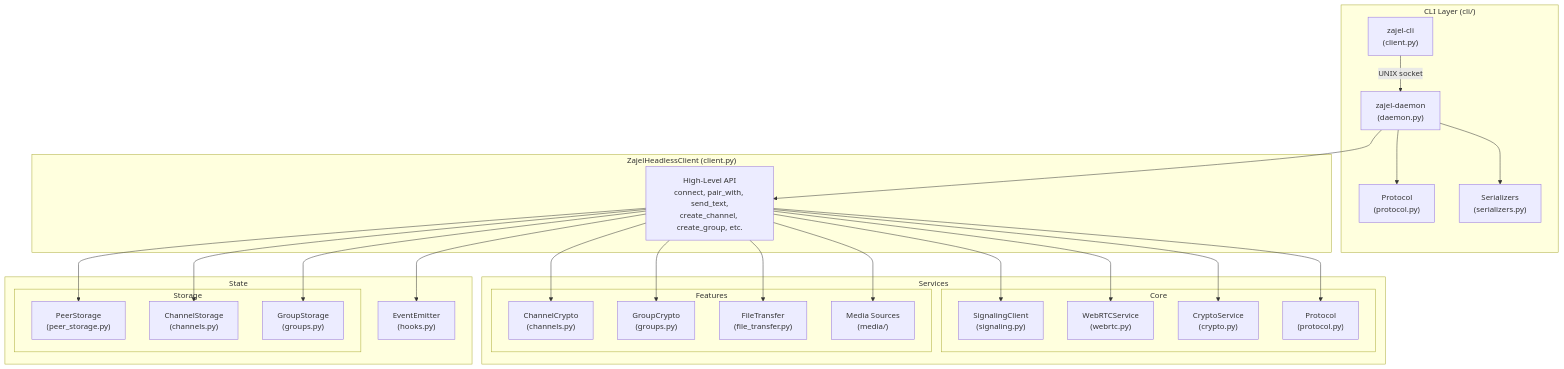
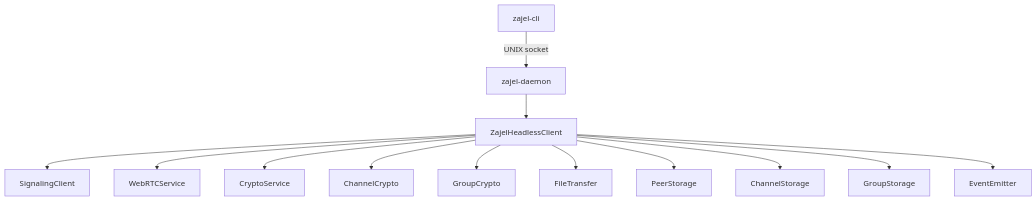
The diagram in packages/wiki/Headless-Client.md (Hamza-Labs-Core/zajel), drawn with Mermaid before and after one commit. The commit also changed 15 other files, not shown here.

````diff
--- a/packages/wiki/Headless-Client.md
+++ b/packages/wiki/Headless-Client.md
@@ -7,55 +7,16 @@
 ```mermaid
 graph TB
-    subgraph "CLI Layer (cli/)"
-        CLI["zajel-cli<br/>(client.py)"]
-        DAEMON["zajel-daemon<br/>(daemon.py)"]
-        CLIPROTO["Protocol<br/>(protocol.py)"]
-        SER["Serializers<br/>(serializers.py)"]
-        CLI -->|"UNIX socket"| DAEMON
-        DAEMON --> CLIPROTO
-        DAEMON --> SER
-    end
+    CLI["zajel-cli"] -->|"UNIX socket"| DAEMON["zajel-daemon"]
+    DAEMON --> API["ZajelHeadlessClient"]
 
-    subgraph "ZajelHeadlessClient (client.py)"
-        API["High-Level API<br/>connect, pair_with, send_text,<br/>create_channel, create_group, etc."]
-    end
-
-    DAEMON --> API
-
-    subgraph "Services"
-        subgraph "Core"
-            SIG["SignalingClient<br/>(signaling.py)"]
-            WEBRTC["WebRTCService<br/>(webrtc.py)"]
-            CRYPTO["CryptoService<br/>(crypto.py)"]
-            PROTO["Protocol<br/>(protocol.py)"]
-        end
-        subgraph "Features"
-            CHAN["ChannelCrypto<br/>(channels.py)"]
-            GRP["GroupCrypto<br/>(groups.py)"]
-            FT["FileTransfer<br/>(file_transfer.py)"]
-            MEDIA["Media Sources<br/>(media/)"]
-        end
-    end
-
-    subgraph "State"
-        subgraph "Storage"
-            PS["PeerStorage<br/>(peer_storage.py)"]
-            CS["ChannelStorage<br/>(channels.py)"]
-            GS["GroupStorage<br/>(groups.py)"]
-        end
-        EE["EventEmitter<br/>(hooks.py)"]
-    end
-
-    API --> SIG
-    API --> WEBRTC
-    API --> CRYPTO
-    API --> PROTO
-    API --> CHAN
-    API --> GRP
-    API --> FT
-    API --> MEDIA
-    API --> PS
-    API --> CS
-    API --> GS
-    API --> EE
+    API --> SIG["SignalingClient"]
+    API --> WEBRTC["WebRTCService"]
+    API --> CRYPTO["CryptoService"]
+    API --> CHAN["ChannelCrypto"]
+    API --> GRP["GroupCrypto"]
+    API --> FT["FileTransfer"]
+    API --> PS["PeerStorage"]
+    API --> CS["ChannelStorage"]
+    API --> GS["GroupStorage"]
+    API --> EE["EventEmitter"]
 ```
````
